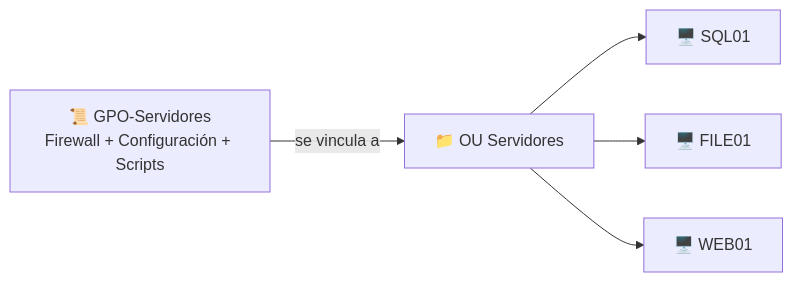
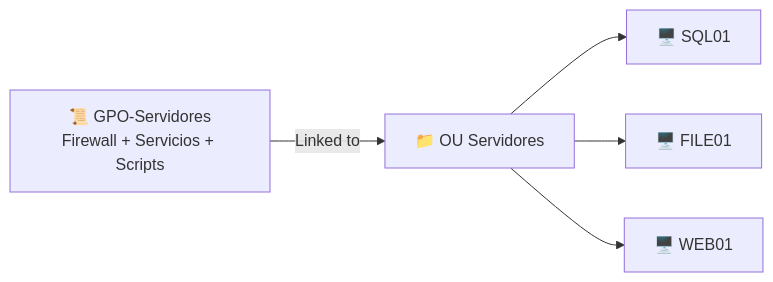
One commit to wolfpackc/eCPPtv3 changed the second of 2 diagrams in GPO_abuse/README.md. Above: the diagram before and after it, drawn with Mermaid. The commit also changed other lines of this file, not shown here.

````diff
--- a/GPO_abuse/README.md
+++ b/GPO_abuse/README.md
@@ -107,17 +168,17 @@
 ```mermaid
 flowchart LR
 
-    GPO["📜 GPO-Servidores<br/>Firewall + Configuración + Scripts"]
+    GPO["📜 GPO-Servidores<br/>Firewall + Servicios + Scripts"]
 
     OU["📁 OU Servidores"]
 
     SQL["🖥️ SQL01"]
     FILE["🖥️ FILE01"]
     WEB["🖥️ WEB01"]
 
-    GPO -->|"se vincula a"| OU
+    GPO -->|"Linked to"| OU
 
     OU --> SQL
     OU --> FILE
     OU --> WEB
 ```
````
